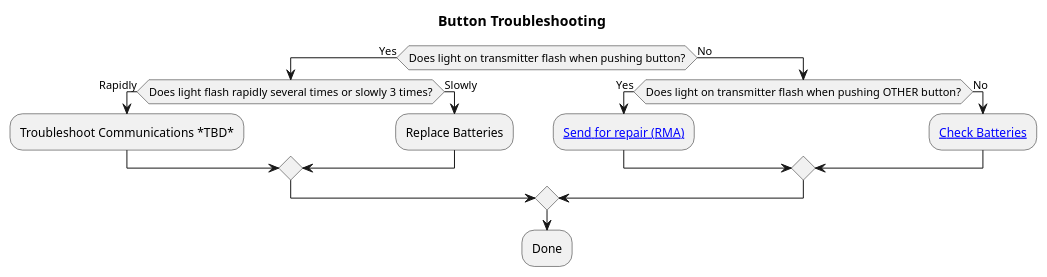
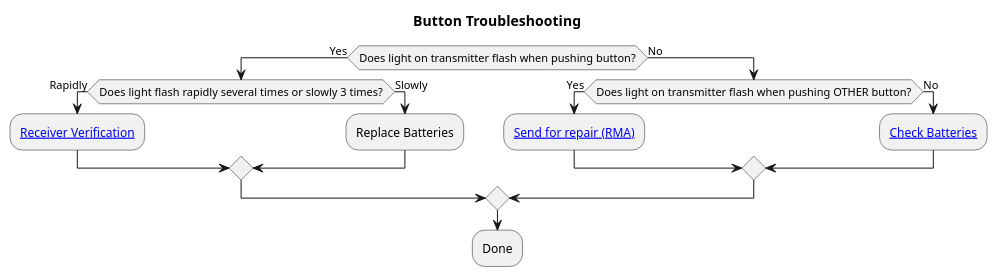
Before and after one commit to rfhero/rfhero.github.io: the diagram in buttons.pu, drawn with PlantUML. The commit also changed 9 other files, not shown here.

Commit message:
Added contact links and updated buttons chart to direct to rx verification instead of troubleshoot communications *TBD*.

```diff
--- a/buttons.pu
+++ b/buttons.pu
@@ -1,17 +1,17 @@
 @startuml
 title Button Troubleshooting
 if (Does light on transmitter flash when pushing button?) then (Yes)
     if (Does light flash rapidly several times or slowly 3 times?) then (Rapidly)
-        :Troubleshoot Communications *TBD*;
+        :[[rxverification.html Receiver Verification]];
     else (Slowly)
         :Replace Batteries;
     endif
 else (No)
     if (Does light on transmitter flash when pushing OTHER button?) then (Yes)
         :[[http://rfhero.com/request-rma.php Send for repair (RMA)]];
     else (No)
         :[[batteries.html Check Batteries]];
     endif
 endif
 :Done;
 @enduml
```
